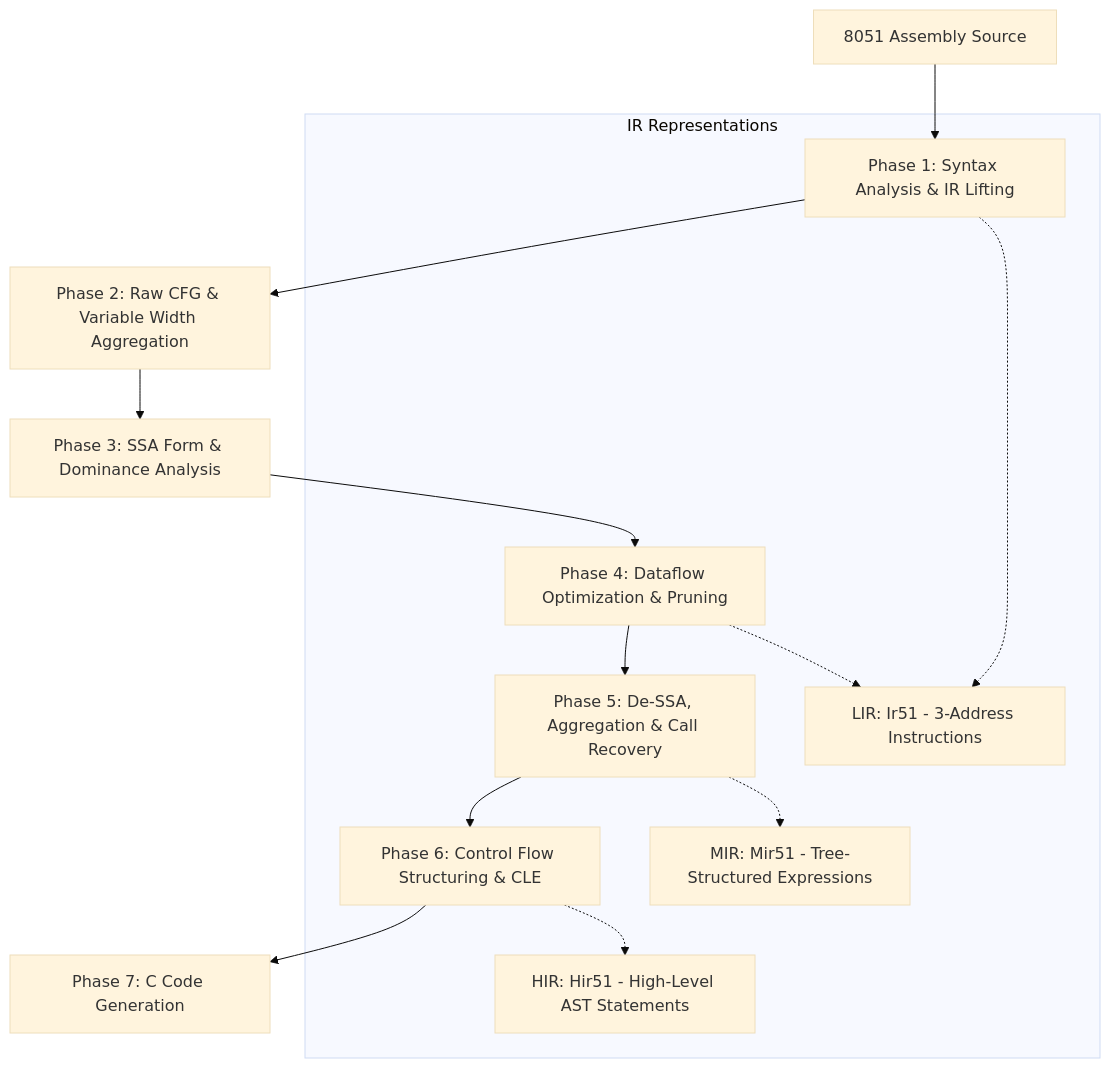
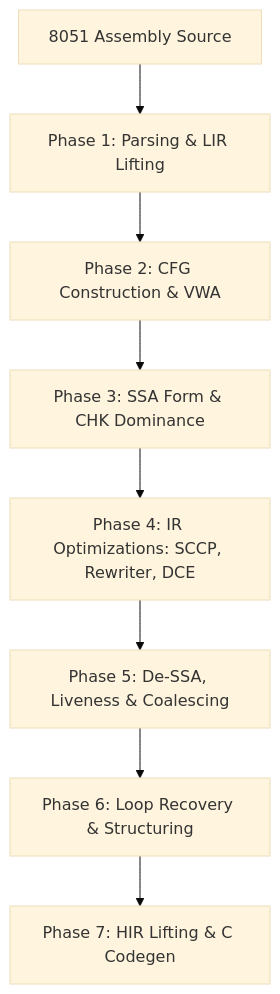
One commit to FomalhautGH/decom51 changed the diagram in README.md. Above: the diagram before and after it, drawn with Mermaid (base theme). The commit also changed other lines of this file, not shown here.

````diff
--- a/README.md
+++ b/README.md
@@ -23,17 +71,10 @@
 ```mermaid
 graph TD
-    A[8051 Assembly Source] --> B[Phase 1: Syntax Analysis & IR Lifting]
-    B --> C[Phase 2: Raw CFG & Variable Width Aggregation]
-    C --> D[Phase 3: SSA Form & Dominance Analysis]
-    D --> E[Phase 4: Dataflow Optimization & Pruning]
-    E --> F[Phase 5: De-SSA, Aggregation & Call Recovery]
-    F --> G[Phase 6: Control Flow Structuring & CLE]
-    G --> H[Phase 7: C Code Generation]
-
-    subgraph IR Representations
-        B -.-> LIR[LIR: Ir51 - 3-Address Instructions]
-        E -.-> LIR
-        F -.-> MIR[MIR: Mir51 - Tree-Structured Expressions]
-        G -.-> HIR[HIR: Hir51 - High-Level AST Statements]
-    end
+    A[8051 Assembly Source] --> B[Phase 1: Parsing & LIR Lifting]
+    B --> C[Phase 2: CFG Construction & VWA]
+    C --> D[Phase 3: SSA Form & CHK Dominance]
+    D --> E[Phase 4: IR Optimizations: SCCP, Rewriter, DCE]
+    E --> F[Phase 5: De-SSA, Liveness & Coalescing]
+    F --> G[Phase 6: Loop Recovery & Structuring]
+    G --> H[Phase 7: HIR Lifting & C Codegen]
 ```
````
